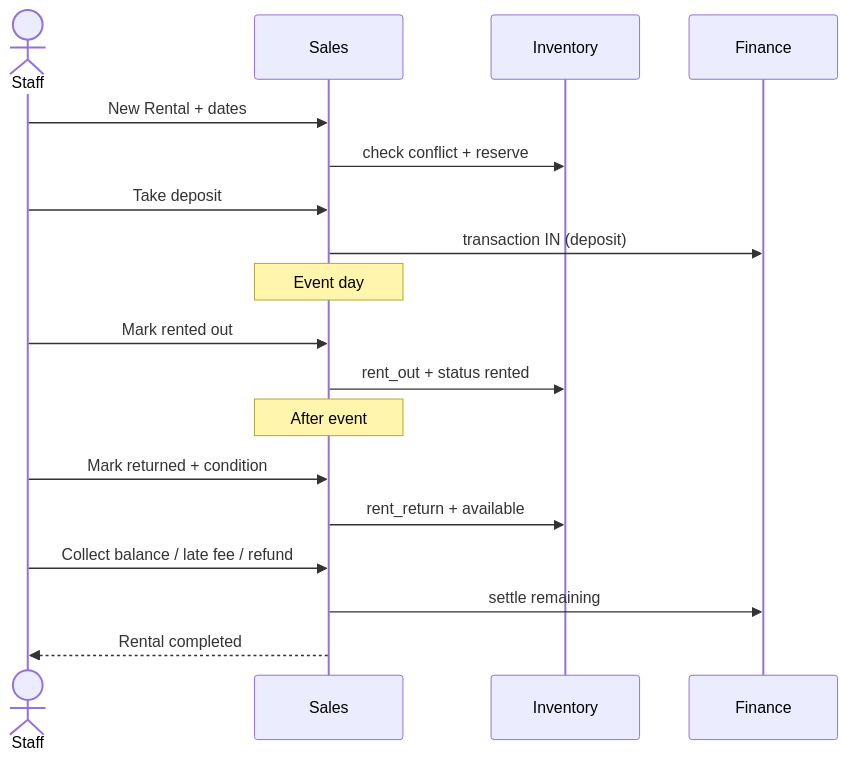
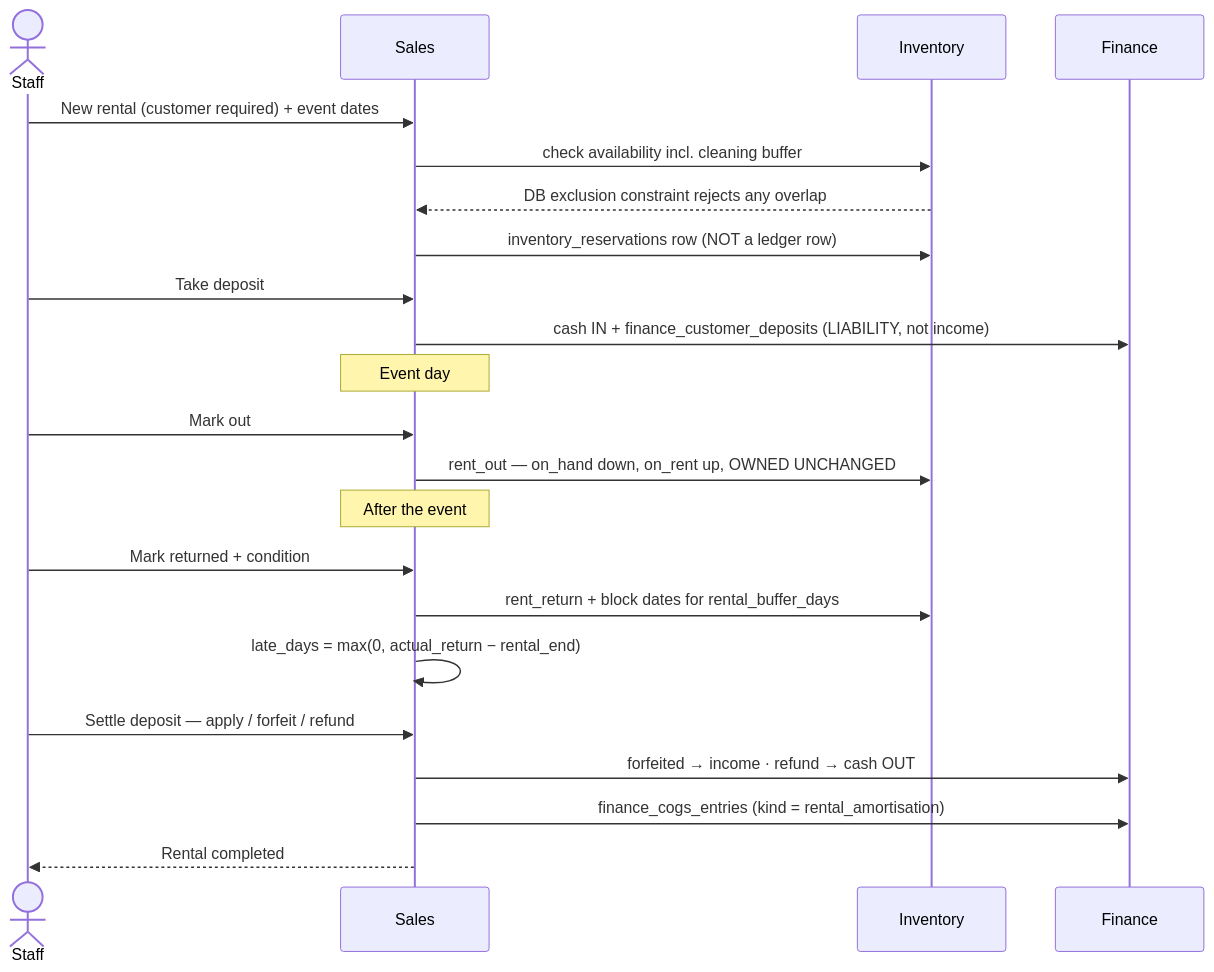
Before and after one commit to niaazaai/boms: the eighth of 14 diagrams in specs/flows/application-flows.md, drawn with Mermaid. The commit also changed other lines of this file and 61 other files, not shown here.

````diff
--- a/specs/flows/application-flows.md
+++ b/specs/flows/application-flows.md
@@ -99,20 +157,24 @@
 ```mermaid
 sequenceDiagram
   actor Staff
-  participant Sales
-  participant Inventory
-  participant Finance
-  Staff->>Sales: New Rental + dates
-  Sales->>Inventory: check conflict + reserve
-  Staff->>Sales: Take deposit
-  Sales->>Finance: transaction IN (deposit)
-  Note over Sales: Event day
-  Staff->>Sales: Mark rented out
-  Sales->>Inventory: rent_out + status rented
-  Note over Sales: After event
-  Staff->>Sales: Mark returned + condition
-  Sales->>Inventory: rent_return + available
-  Staff->>Sales: Collect balance / late fee / refund
-  Sales->>Finance: settle remaining
-  Sales-->>Staff: Rental completed
+  participant SAL as Sales
+  participant INV as Inventory
+  participant FIN as Finance
+  Staff->>SAL: New rental (customer required) + event dates
+  SAL->>INV: check availability incl. cleaning buffer
+  INV-->>SAL: DB exclusion constraint rejects any overlap
+  SAL->>INV: inventory_reservations row (NOT a ledger row)
+  Staff->>SAL: Take deposit
+  SAL->>FIN: cash IN + finance_customer_deposits (LIABILITY, not income)
+  Note over SAL: Event day
+  Staff->>SAL: Mark out
+  SAL->>INV: rent_out — on_hand down, on_rent up, OWNED UNCHANGED
+  Note over SAL: After the event
+  Staff->>SAL: Mark returned + condition
+  SAL->>INV: rent_return + block dates for rental_buffer_days
+  SAL->>SAL: late_days = max(0, actual_return − rental_end)
+  Staff->>SAL: Settle deposit — apply / forfeit / refund
+  SAL->>FIN: forfeited → income · refund → cash OUT
+  SAL->>FIN: finance_cogs_entries (kind = rental_amortisation)
+  SAL-->>Staff: Rental completed
 ```
````
